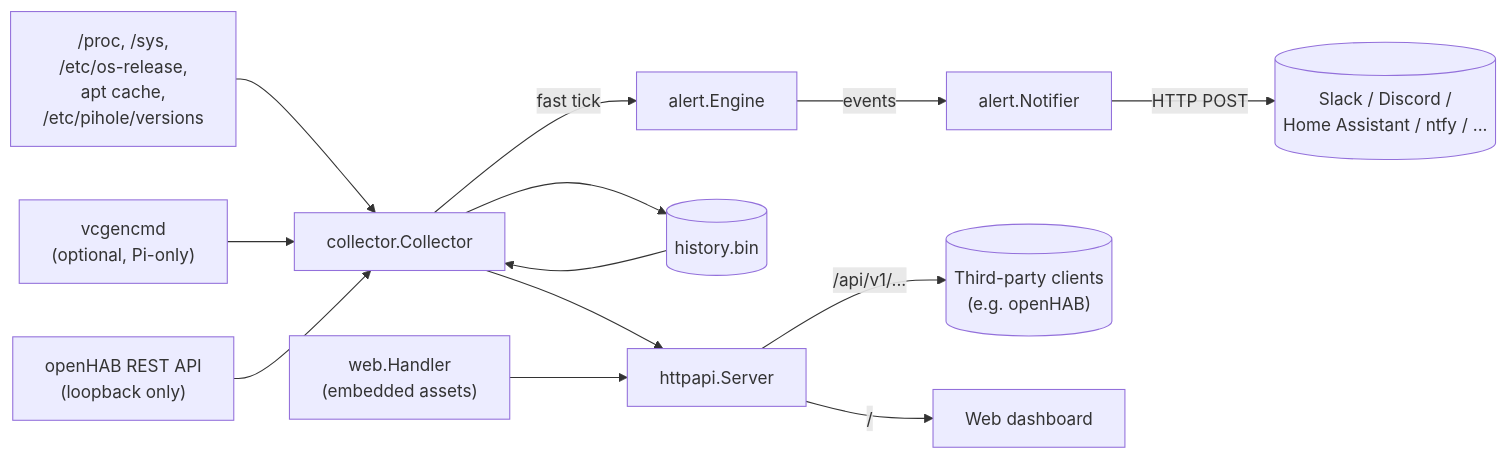
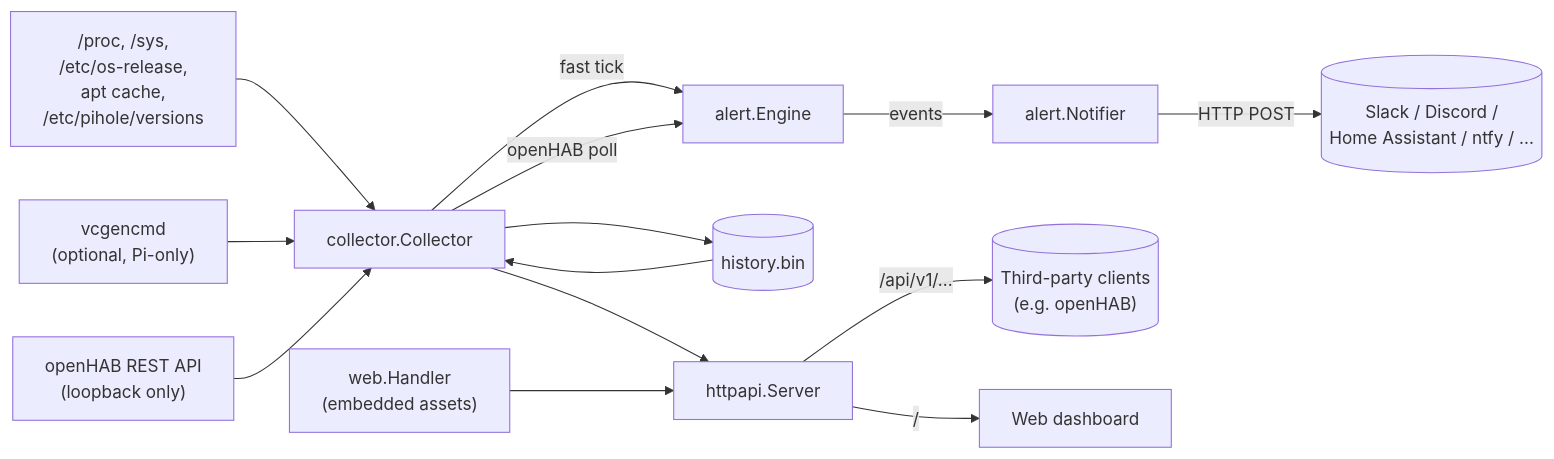
The diagram in docs/ARCHITECTURE.md (LarsLaskowski/PiMonitor), drawn with Mermaid before and after one commit. The commit also changed other lines of this file and 35 other files, not shown here.

Commit message:
[Alerts] Alert rules for a local openHAB (#273)

````diff
--- a/docs/ARCHITECTURE.md
+++ b/docs/ARCHITECTURE.md
@@ -38,15 +38,16 @@
 ```mermaid
 flowchart LR
     Proc["/proc, /sys,\n/etc/os-release,\napt cache,\n/etc/pihole/versions"] --> Collector[collector.Collector]
     VCGen["vcgencmd\n(optional, Pi-only)"] --> Collector
     OH["openHAB REST API\n(loopback only)"] --> Collector
     Collector -->|fast tick| Alerts[alert.Engine]
+    Collector -->|openHAB poll| Alerts
     Alerts -->|events| Notifier[alert.Notifier]
     Notifier -->|HTTP POST| Webhooks[("Slack / Discord /\nHome Assistant / ntfy / ...")]
     Collector --> History[(history.bin)]
     History --> Collector
     Collector --> Server[httpapi.Server]
     Web["web.Handler\n(embedded assets)"] --> Server
     Server -->|"/api/v1/..."| Clients[("Third-party clients\n(e.g. openHAB)")]
     Server -->|"/"| Browser[Web dashboard]
 ```
````
